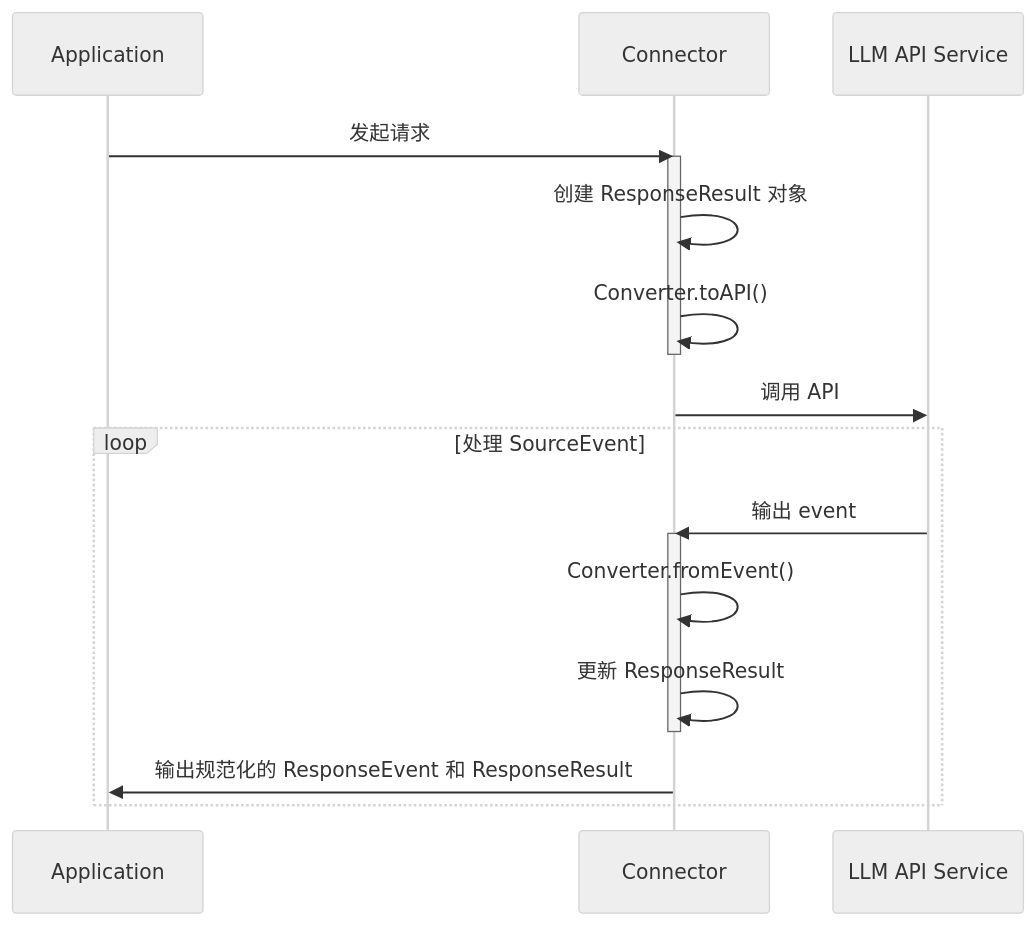
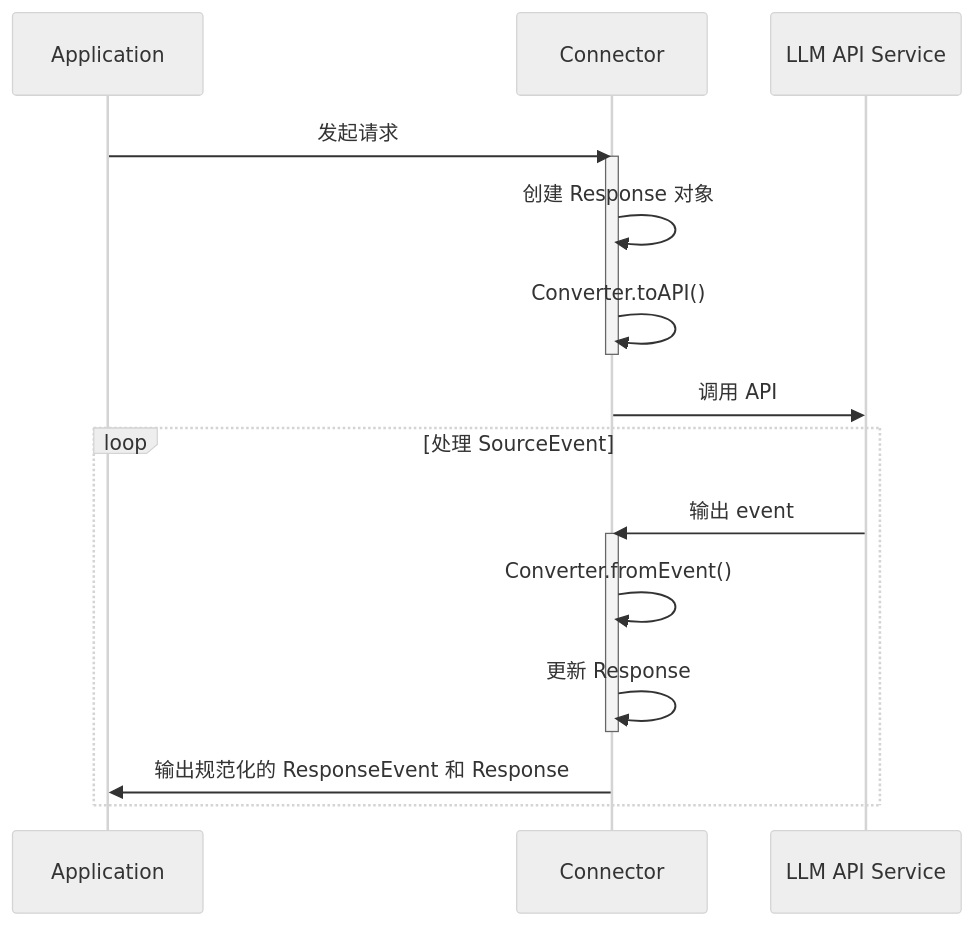
One commit to maozy13/neuralink changed the diagram in design/architecture.md. Above: the diagram before and after it, drawn with Mermaid (neutral theme). The commit also changed 17 other files, not shown here.

Commit message:
refactor: ResponseEvent 采用新的定义，降低各个模型服务 SourceEvent 转化的复杂度

````diff
--- a/design/architecture.md
+++ b/design/architecture.md
@@ -21,28 +21,28 @@
 ```mermaid
 sequenceDiagram
 
 participant App as Application
 participant Connector as Connector
 participant API as LLM API Service
 
 App ->> Connector: 发起请求
 
 activate Connector
-  Connector ->> Connector: 创建 ResponseResult 对象
+  Connector ->> Connector: 创建 Response 对象
 	Connector ->> Connector: Converter.toAPI()
 deactivate Connector
 
 Connector ->> API: 调用 API
 
 loop 处理 SourceEvent
 
   API ->> Connector: 输出 event
 
   activate Connector
 	  Connector ->> Connector: Converter.fromEvent()
-    Connector ->> Connector: 更新 ResponseResult
+    Connector ->> Connector: 更新 Response
   deactivate Connector
 
-  Connector ->> App: 输出规范化的 ResponseEvent 和 ResponseResult
+  Connector ->> App: 输出规范化的 ResponseEvent 和 Response
 end
 ```
````
